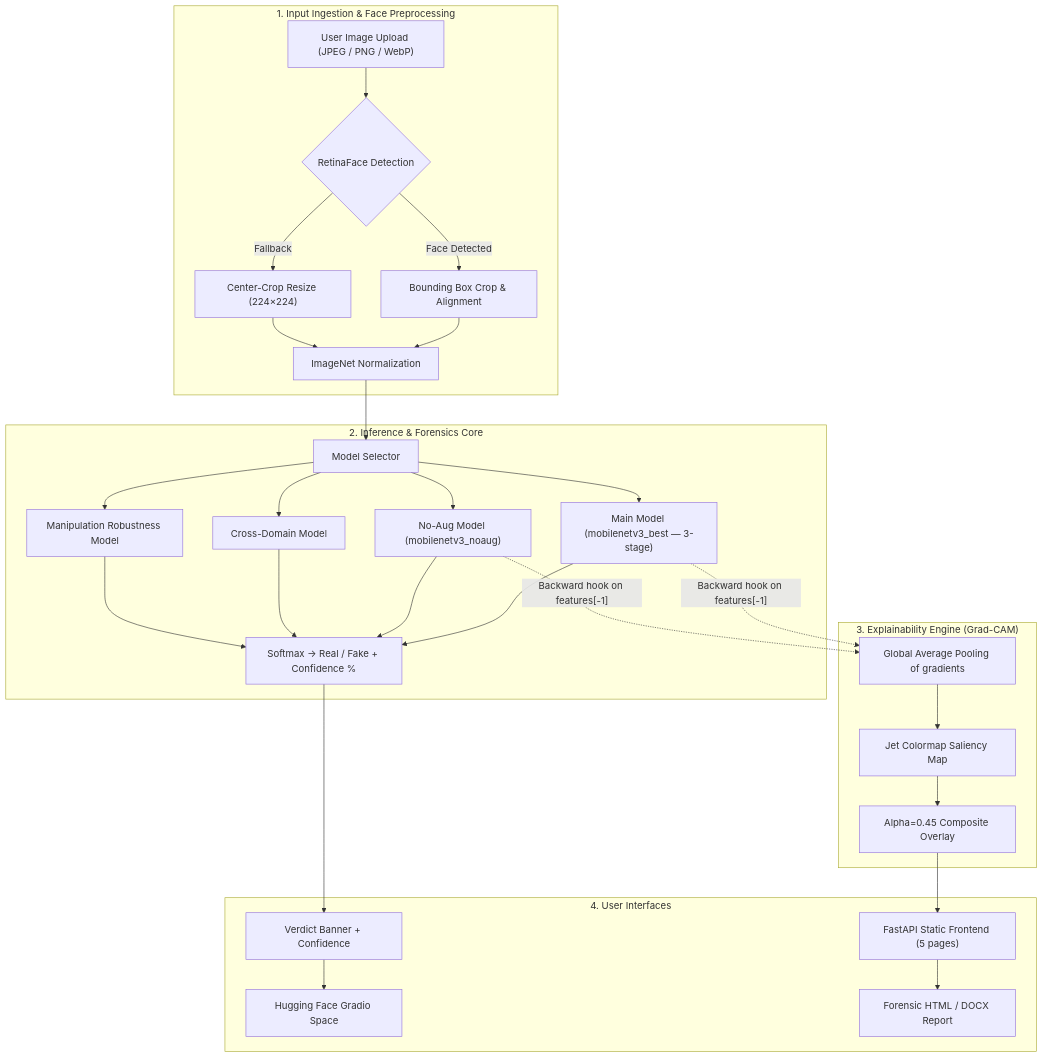
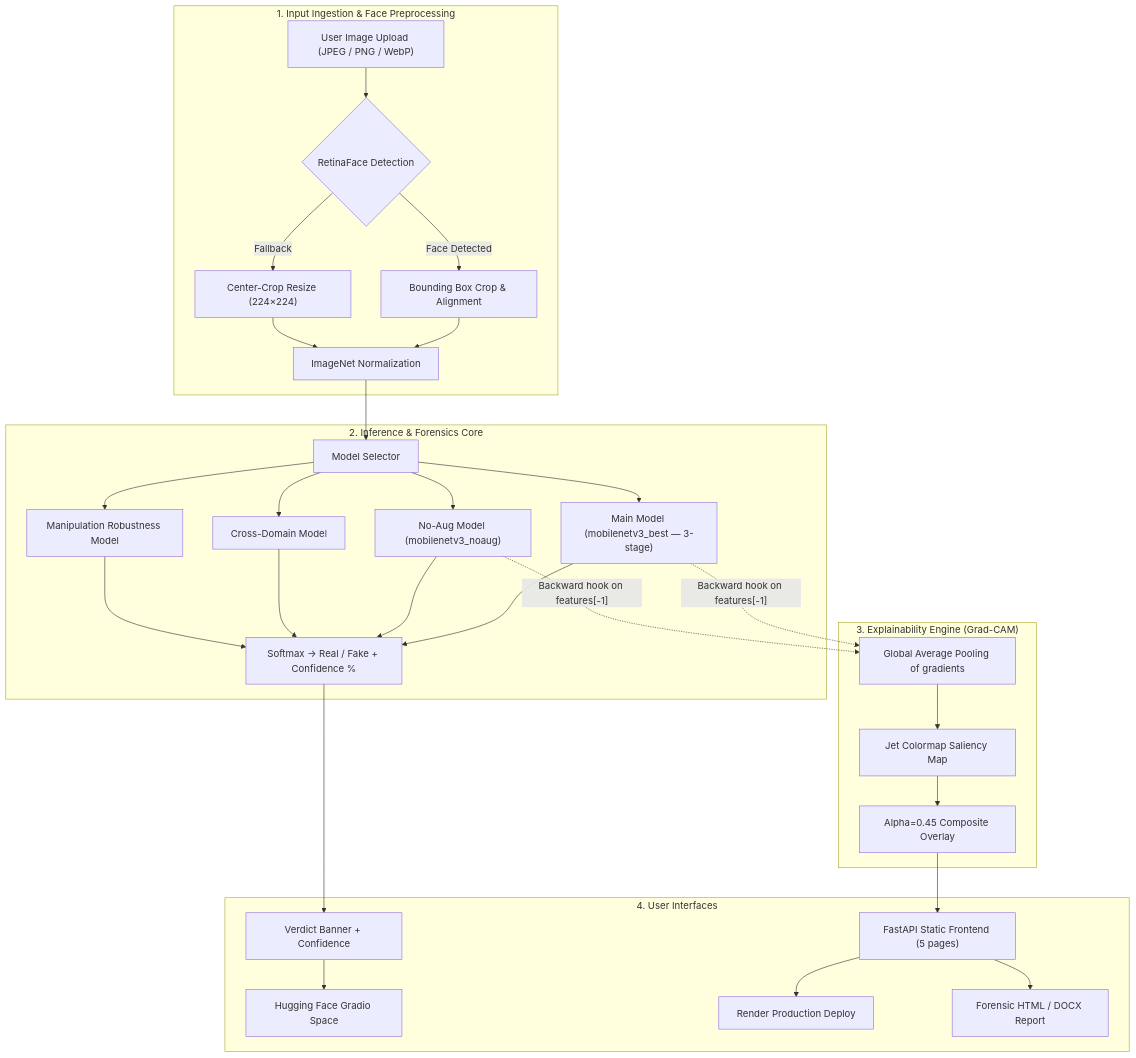
One commit to Vishakharoy1/Group-11-DS-and-AI-Lab-Project changed the diagram in doc/Milestone-6/Milestone6-Report.md. Above: the diagram before and after it, drawn with Mermaid. The commit also changed other lines of this file and 7 other files, not shown here.

First line of the commit message:
Document Render production deployment and add team declarations to M6 docs.

````diff
--- a/doc/Milestone-6/Milestone6-Report.md
+++ b/doc/Milestone-6/Milestone6-Report.md
@@ -48,31 +49,32 @@
 ```mermaid
 flowchart TB
     subgraph Ingestion ["1. Input Ingestion & Face Preprocessing"]
         A["User Image Upload (JPEG / PNG / WebP)"] --> B{"RetinaFace Detection"}
         B -- "Face Detected" --> C["Bounding Box Crop & Alignment"]
         B -- "Fallback" --> D["Center-Crop Resize (224×224)"]
         C & D --> E["ImageNet Normalization"]
     end
 
     subgraph Engine ["2. Inference & Forensics Core"]
         E --> F["Model Selector"]
         F --> M1["Main Model (mobilenetv3_best — 3-stage)"]
         F --> M2["No-Aug Model (mobilenetv3_noaug)"]
         F --> M3["Cross-Domain Model"]
         F --> M4["Manipulation Robustness Model"]
         M1 & M2 & M3 & M4 --> Logits["Softmax → Real / Fake + Confidence %"]
     end
 
     subgraph XAI ["3. Explainability Engine (Grad-CAM)"]
         M1 & M2 -. "Backward hook on features[-1]" .-> GAP["Global Average Pooling of gradients"]
         GAP --> Heatmap["Jet Colormap Saliency Map"]
         Heatmap --> Overlay["Alpha=0.45 Composite Overlay"]
     end
 
     subgraph UI ["4. User Interfaces"]
         Logits --> Verdict["Verdict Banner + Confidence"]
         Overlay --> WebUI["FastAPI Static Frontend (5 pages)"]
         Verdict --> GradioUI["Hugging Face Gradio Space"]
+        WebUI --> RenderUI["Render Production Deploy"]
         WebUI --> Report["Forensic HTML / DOCX Report"]
     end
 ```
````
